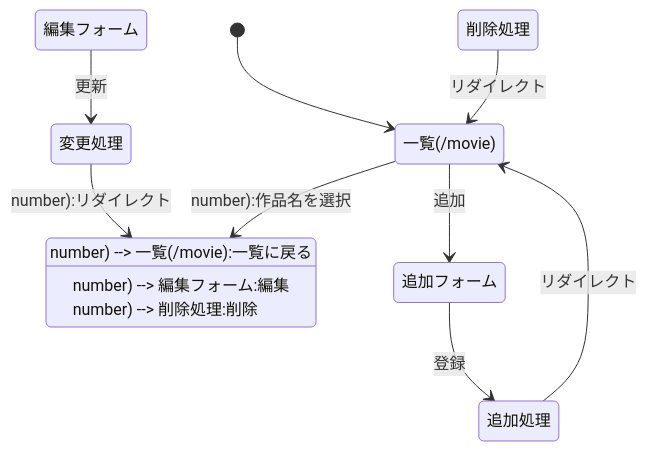
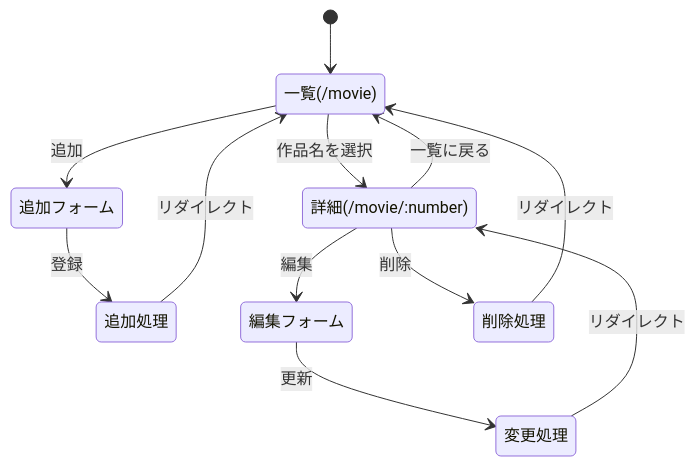
Before and after one commit to YAS-1219/webpro_06: the first of 3 diagrams in report_plan.md, drawn with Mermaid. The commit also changed other lines of this file, not shown here.

First line of the commit message:
report_plan.mdのページ遷移図が崩れるのを修正

````diff
--- a/report_plan.md
+++ b/report_plan.md
@@ -26,14 +26,16 @@
 ```mermaid
 stateDiagram-v2
-[*] --> 一覧(/movie)
-一覧(/movie) --> 詳細(/movie/:number):作品名を選択
-詳細(/movie/:number) --> 一覧(/movie):一覧に戻る
-一覧(/movie) --> 追加フォーム:追加
+state "一覧(/movie)" as list
+state "詳細(/movie/#58;number)" as detail
+[*] --> list
+list --> detail:作品名を選択
+detail --> list:一覧に戻る
+list --> 追加フォーム:追加
 追加フォーム --> 追加処理:登録
-追加処理 --> 一覧(/movie):リダイレクト
-詳細(/movie/:number) --> 編集フォーム:編集
+追加処理 --> list:リダイレクト
+detail --> 編集フォーム:編集
 編集フォーム --> 変更処理:更新
-変更処理 --> 詳細(/movie/:number):リダイレクト
-詳細(/movie/:number) --> 削除処理:削除
-削除処理 --> 一覧(/movie):リダイレクト
+変更処理 --> detail:リダイレクト
+detail --> 削除処理:削除
+削除処理 --> list:リダイレクト
 ```
````
